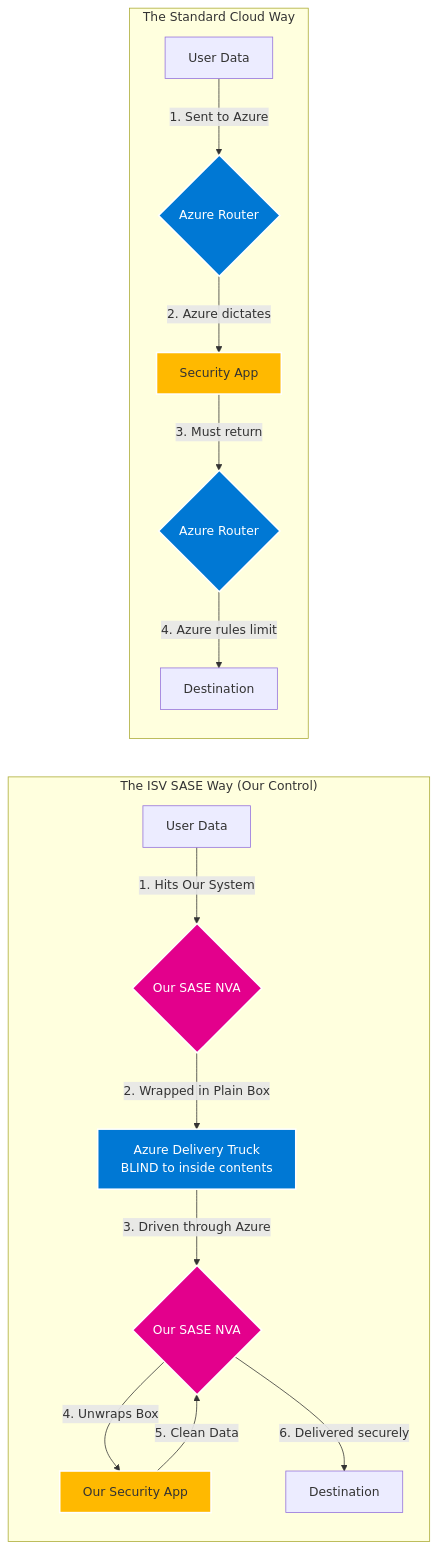
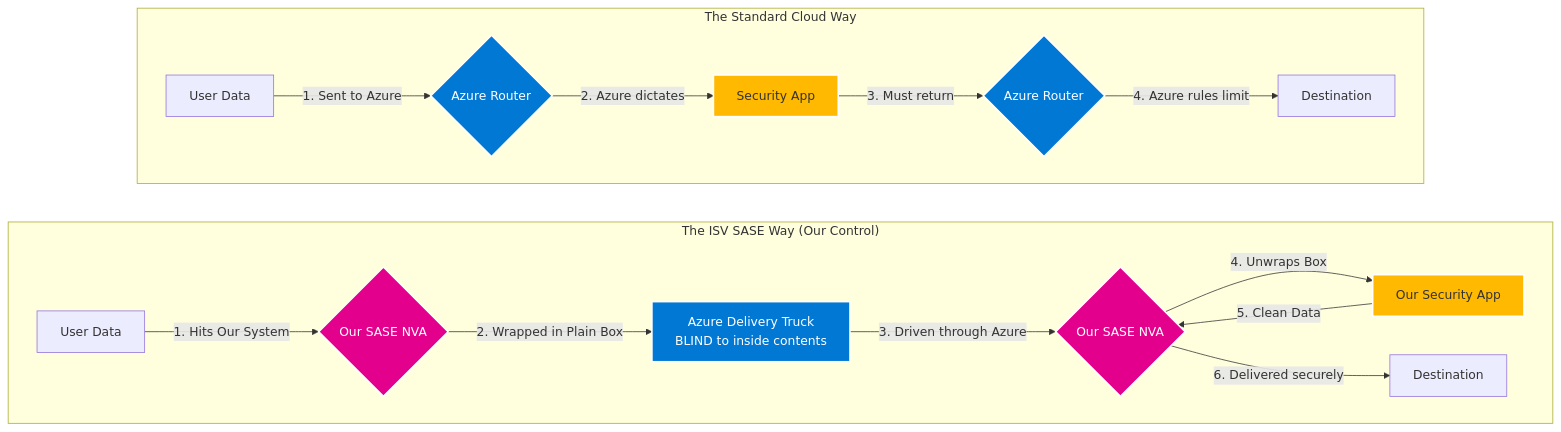
The second of 10 diagrams in README.md (roie9876/SASE), drawn with Mermaid before and after one commit. The commit also changed other lines of this file, not shown here.

Commit message:
style: fix mermaid diagram subgraph formatting and overlapping text

````diff
--- a/README.md
+++ b/README.md
@@ -135,26 +134,24 @@
 ```mermaid
 flowchart TB
     classDef cloud fill:#0078D4,stroke:#fff,stroke-width:2px,color:#fff
     classDef isv fill:#E3008C,stroke:#fff,stroke-width:2px,color:#fff
     classDef secApp fill:#FFB900,stroke:#fff,stroke-width:2px,color:#333
     
-    subgraph Azure_Way ["The Standard Cloud Way"]
-        direction TB
+    subgraph Azure_Way [" The Standard Cloud Way "]
         A1[User Data] -->|1. Sent to Azure| AZ1{Azure Router}:::cloud
         AZ1 -->|2. Azure dictates| S1[Security App]:::secApp
         S1 -->|3. Must return| AZ2{Azure Router}:::cloud
         AZ2 -->|4. Azure rules limit| D1[Destination]
     end
 
-    subgraph SASE_Way ["The ISV SASE Way (Our Control)"]
-        direction TB
+    subgraph SASE_Way [" The ISV SASE Way (Our Control) "]
         A2[User Data] -->|1. Hits Our System| NVA1{Our SASE NVA}:::isv
         NVA1 -->|2. Wrapped in Plain Box| AZ3[Azure Delivery Truck<br>BLIND to inside contents]:::cloud
         AZ3 -->|3. Driven through Azure| NVA2{Our SASE NVA}:::isv
         NVA2 -->|4. Unwraps Box| S2[Our Security App]:::secApp
         S2 -->|5. Clean Data| NVA2
         NVA2 -->|6. Delivered securely| D2[Destination]
     end
     
     Azure_Way ~~~ SASE_Way
 ```
````
